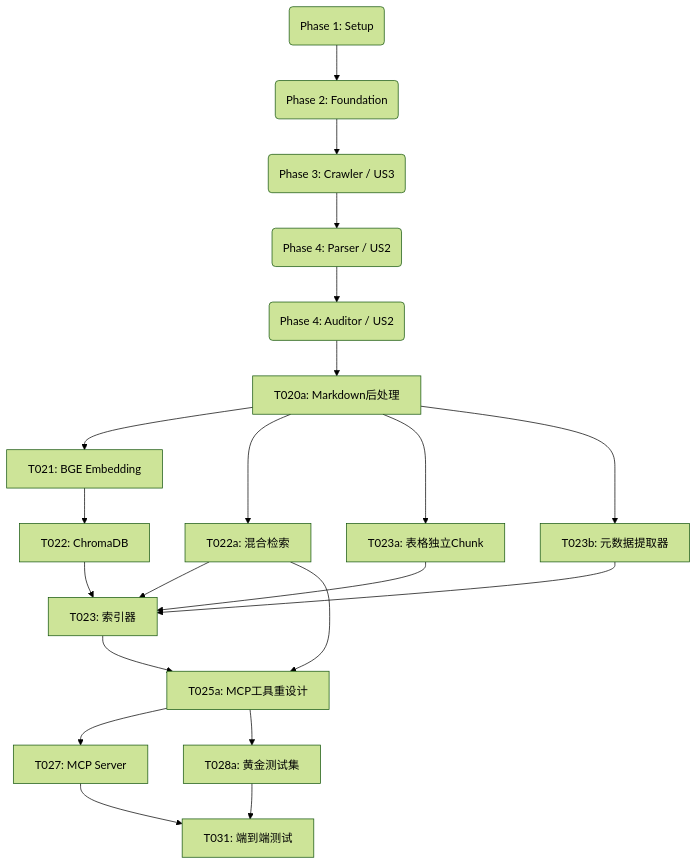
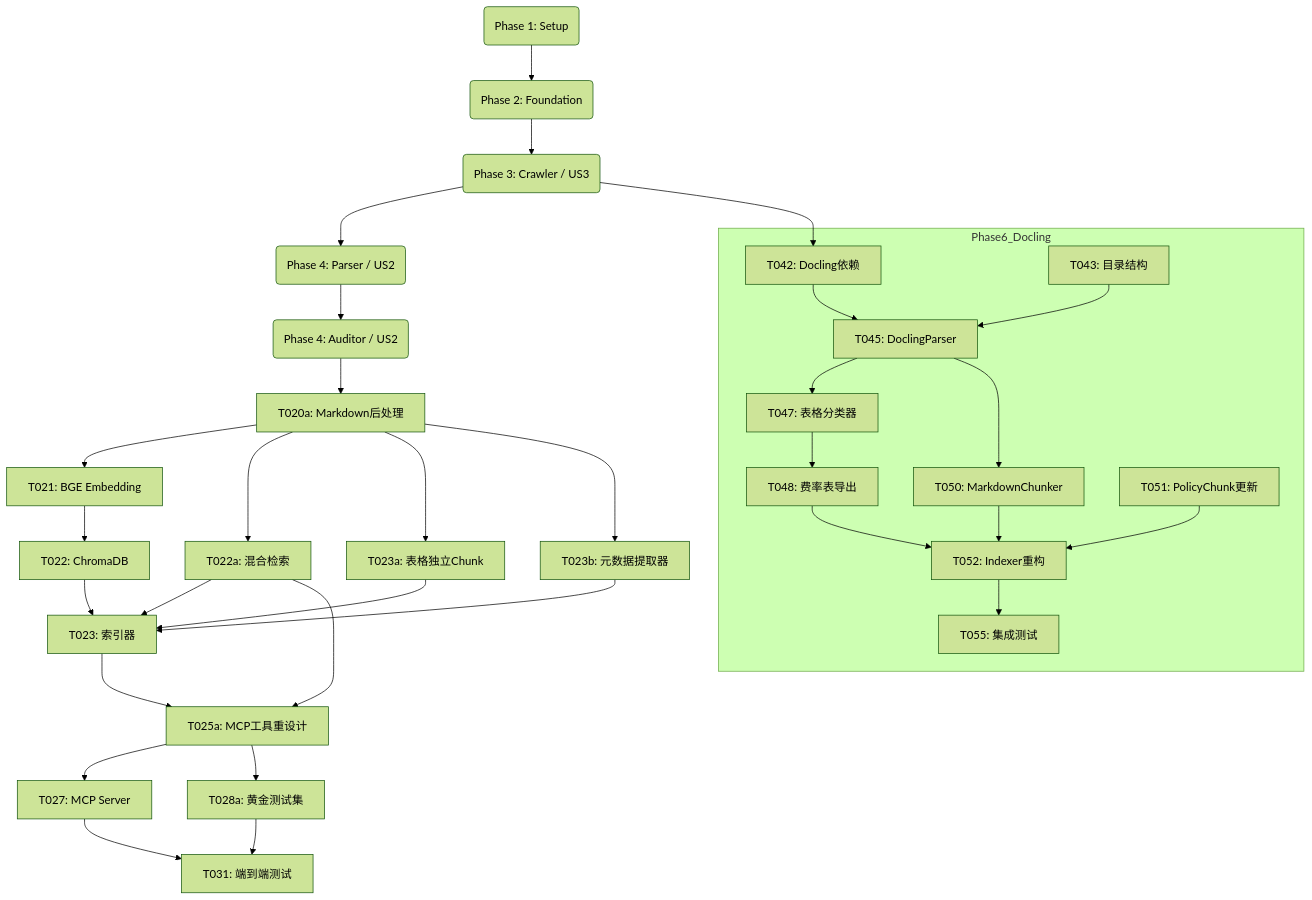
One commit to badDevBuild/insurance-mcp changed the diagram in specs/001-insurance-mcp-core/tasks.md. Above: the diagram before and after it, drawn with Mermaid (forest theme). The commit also changed other lines of this file and 208 other files, not shown here.

````diff
--- a/specs/001-insurance-mcp-core/tasks.md
+++ b/specs/001-insurance-mcp-core/tasks.md
@@ -346,28 +410,42 @@
 ```mermaid
 graph TD
     Setup(Phase 1: Setup) --> Foundation(Phase 2: Foundation)
     Foundation --> Crawler(Phase 3: Crawler / US3)
     Crawler --> Parser(Phase 4: Parser / US2)
     Parser --> Auditor(Phase 4: Auditor / US2)
     
     Auditor --> T020a[T020a: Markdown后处理]
     T020a --> T021[T021: BGE Embedding]
     T020a --> T022a[T022a: 混合检索]
     T020a --> T023a[T023a: 表格独立Chunk]
     T020a --> T023b[T023b: 元数据提取器]
     
     T021 --> T022[T022: ChromaDB]
     T022a --> T023[T023: 索引器]
     T022 --> T023
     T023a --> T023
     T023b --> T023
     
     T023 --> T025a[T025a: MCP工具重设计]
     T022a --> T025a
     
     T025a --> T027[T027: MCP Server]
     T025a --> T028a[T028a: 黄金测试集]
     
     T027 --> T031[T031: 端到端测试]
     T028a --> T031
+    
+    subgraph Phase6_Docling
+    T042[T042: Docling依赖] --> T045[T045: DoclingParser]
+    T043[T043: 目录结构] --> T045
+    T045 --> T047[T047: 表格分类器]
+    T047 --> T048[T048: 费率表导出]
+    T045 --> T050[T050: MarkdownChunker]
+    T050 --> T052[T052: Indexer重构]
+    T048 --> T052
+    T051[T051: PolicyChunk更新] --> T052
+    T052 --> T055[T055: 集成测试]
+    end
+    
+    Crawler --> T042
 ```
````
